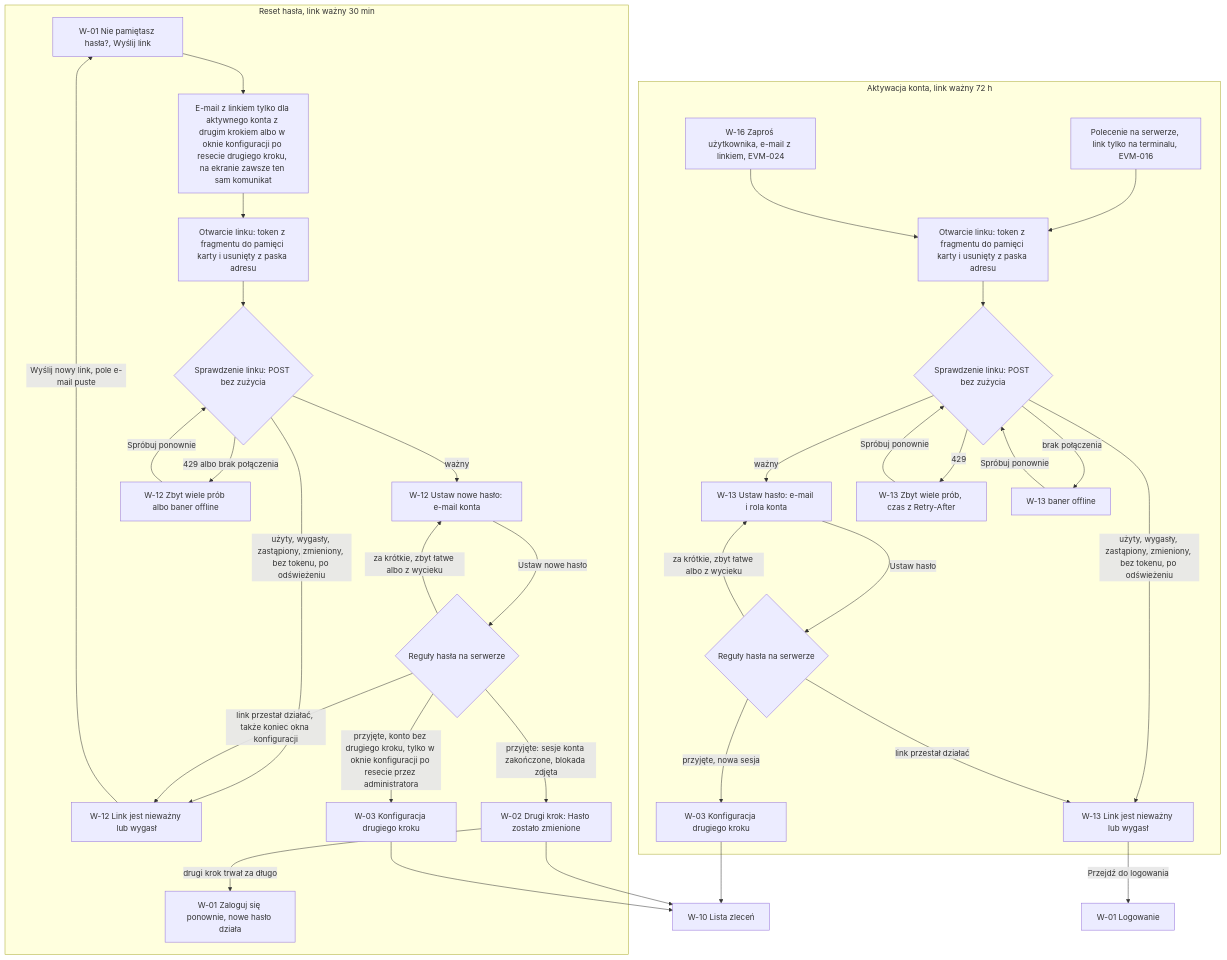
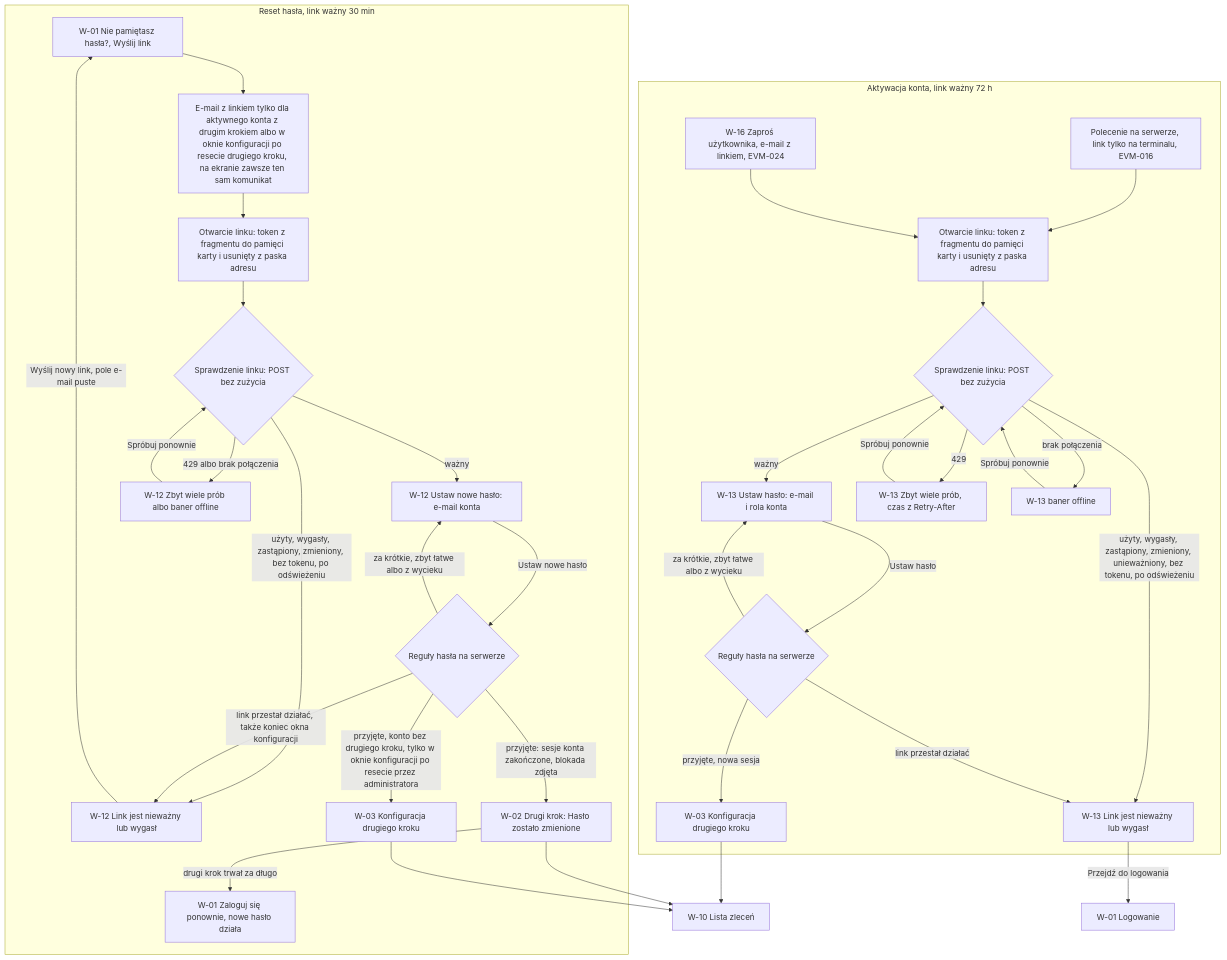
Before and after one commit to konradkluz/evia-manager: the diagram in docs/ux/flows/11-aktywacja-i-reset-hasla.md, drawn with Mermaid. The commit also changed other lines of this file and 7 other files, not shown here.

````diff
--- a/docs/ux/flows/11-aktywacja-i-reset-hasla.md
+++ b/docs/ux/flows/11-aktywacja-i-reset-hasla.md
@@ -7,38 +7,38 @@
 ```mermaid
 flowchart TD
   subgraph akt["Aktywacja konta, link ważny 72 h"]
     A0["Polecenie na serwerze, link tylko na terminalu, EVM-016"] --> A2
     A1["W-16 Zaproś użytkownika, e-mail z linkiem, EVM-024"] --> A2
     A2["Otwarcie linku: token z fragmentu do pamięci karty i usunięty z paska adresu"] --> A3{"Sprawdzenie linku: POST bez zużycia"}
     A3 -->|"ważny"| A4["W-13 Ustaw hasło: e-mail i rola konta"]
-    A3 -->|"użyty, wygasły, zastąpiony, zmieniony, bez tokenu, po odświeżeniu"| A5["W-13 Link jest nieważny lub wygasł"]
+    A3 -->|"użyty, wygasły, zastąpiony, zmieniony, unieważniony, bez tokenu, po odświeżeniu"| A5["W-13 Link jest nieważny lub wygasł"]
     A3 -->|"429"| A6["W-13 Zbyt wiele prób, czas z Retry-After"]
     A3 -->|"brak połączenia"| A7["W-13 baner offline"]
     A6 -->|"Spróbuj ponownie"| A3
     A7 -->|"Spróbuj ponownie"| A3
     A4 -->|"Ustaw hasło"| A8{"Reguły hasła na serwerze"}
     A8 -->|"za krótkie, zbyt łatwe albo z wycieku"| A4
     A8 -->|"link przestał działać"| A5
     A8 -->|"przyjęte, nowa sesja"| A9["W-03 Konfiguracja drugiego kroku"]
   end
   subgraph res["Reset hasła, link ważny 30 min"]
     R0["W-01 Nie pamiętasz hasła?, Wyślij link"] --> R1["E-mail z linkiem tylko dla aktywnego konta z drugim krokiem albo w oknie konfiguracji po resecie drugiego kroku, na ekranie zawsze ten sam komunikat"]
     R1 --> R2["Otwarcie linku: token z fragmentu do pamięci karty i usunięty z paska adresu"]
     R2 --> R3{"Sprawdzenie linku: POST bez zużycia"}
     R3 -->|"ważny"| R4["W-12 Ustaw nowe hasło: e-mail konta"]
     R3 -->|"użyty, wygasły, zastąpiony, zmieniony, bez tokenu, po odświeżeniu"| R5["W-12 Link jest nieważny lub wygasł"]
     R3 -->|"429 albo brak połączenia"| R6["W-12 Zbyt wiele prób albo baner offline"]
     R6 -->|"Spróbuj ponownie"| R3
     R5 -->|"Wyślij nowy link, pole e-mail puste"| R0
     R4 -->|"Ustaw nowe hasło"| R7{"Reguły hasła na serwerze"}
     R7 -->|"za krótkie, zbyt łatwe albo z wycieku"| R4
     R7 -->|"link przestał działać, także koniec okna konfiguracji"| R5
     R7 -->|"przyjęte: sesje konta zakończone, blokada zdjęta"| R8["W-02 Drugi krok: Hasło zostało zmienione"]
     R7 -->|"przyjęte, konto bez drugiego kroku, tylko w oknie konfiguracji po resecie przez administratora"| R9["W-03 Konfiguracja drugiego kroku"]
     R8 -->|"drugi krok trwał za długo"| R10["W-01 Zaloguj się ponownie, nowe hasło działa"]
   end
   A9 --> P["W-10 Lista zleceń"]
   R8 --> P
   R9 --> P
   A5 -->|"Przejdź do logowania"| L["W-01 Logowanie"]
 ```
````
